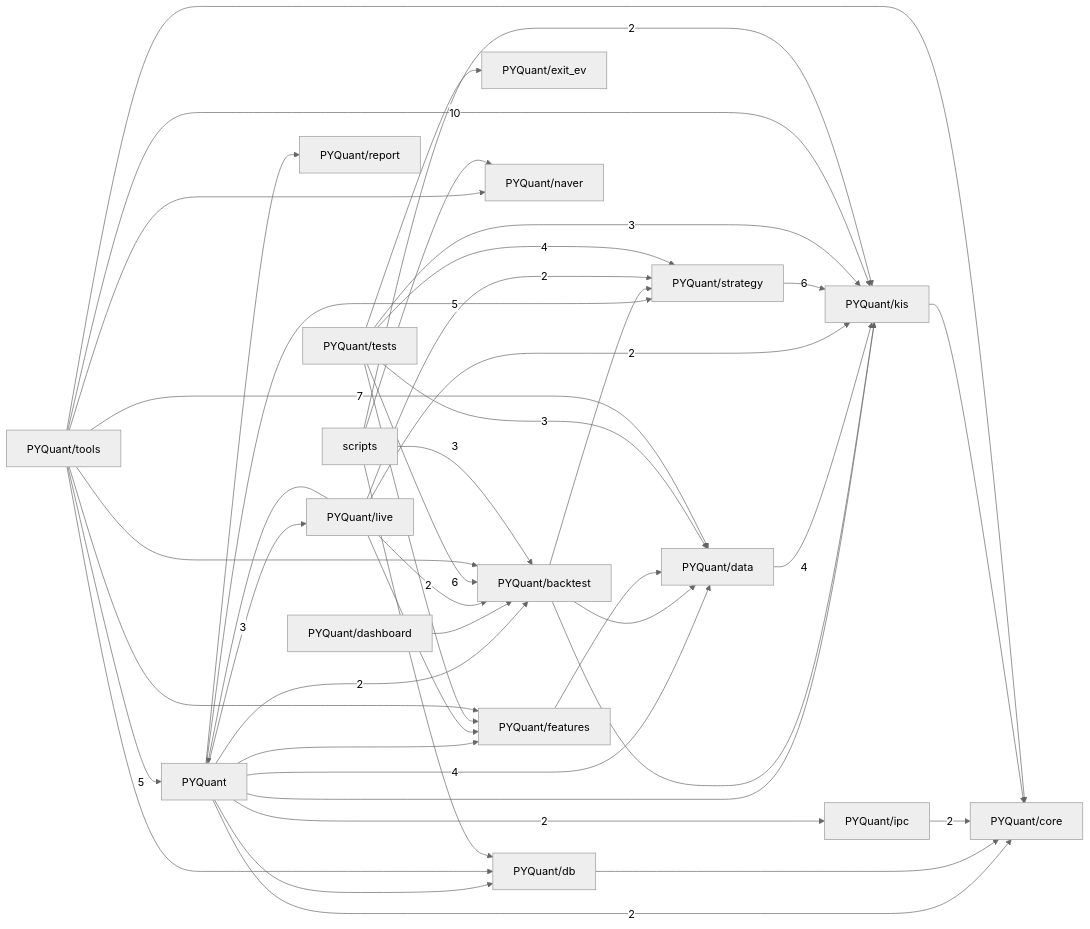
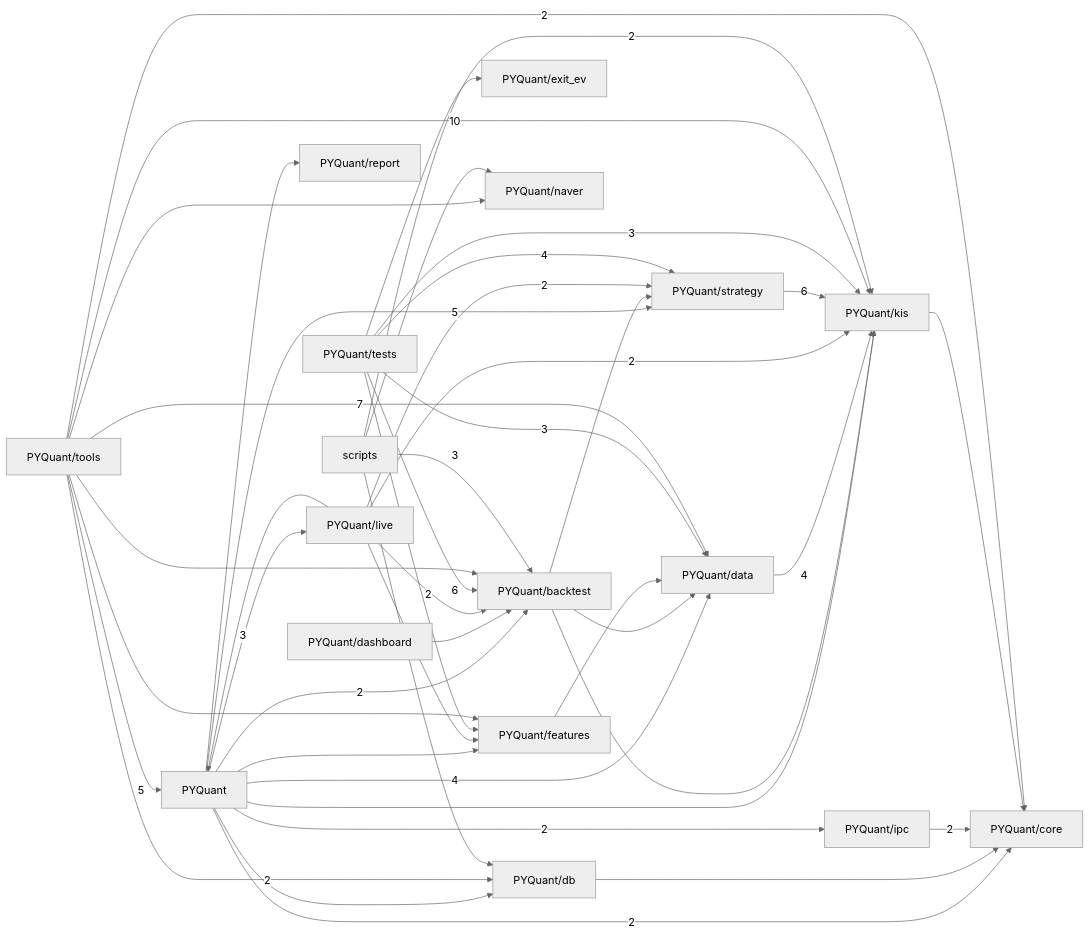
The third of 3 diagrams in docs/CODE_GRAPH.md (pypy8171/Quant), drawn with Mermaid (neutral theme) before and after one commit. The commit also changed other lines of this file and 25 other files, not shown here.

````diff
--- a/docs/CODE_GRAPH.md
+++ b/docs/CODE_GRAPH.md
@@ -441,63 +441,63 @@
 ```mermaid
 graph LR
   p_PYQuant["PYQuant"]
   p_PYQuant_backtest["PYQuant/backtest"]
   p_PYQuant_core["PYQuant/core"]
   p_PYQuant_dashboard["PYQuant/dashboard"]
   p_PYQuant_data["PYQuant/data"]
   p_PYQuant_db["PYQuant/db"]
   p_PYQuant_exit_ev["PYQuant/exit_ev"]
   p_PYQuant_features["PYQuant/features"]
   p_PYQuant_ipc["PYQuant/ipc"]
   p_PYQuant_kis["PYQuant/kis"]
   p_PYQuant_live["PYQuant/live"]
   p_PYQuant_naver["PYQuant/naver"]
   p_PYQuant_report["PYQuant/report"]
   p_PYQuant_strategy["PYQuant/strategy"]
   p_PYQuant_tests["PYQuant/tests"]
   p_PYQuant_tools["PYQuant/tools"]
   p_scripts["scripts"]
   p_PYQuant -->|2| p_PYQuant_backtest
   p_PYQuant -->|2| p_PYQuant_core
   p_PYQuant -->|4| p_PYQuant_data
   p_PYQuant --> p_PYQuant_db
   p_PYQuant --> p_PYQuant_features
   p_PYQuant -->|2| p_PYQuant_ipc
   p_PYQuant --> p_PYQuant_kis
   p_PYQuant -->|3| p_PYQuant_live
   p_PYQuant --> p_PYQuant_report
   p_PYQuant -->|5| p_PYQuant_strategy
   p_PYQuant_backtest --> p_PYQuant_data
   p_PYQuant_backtest --> p_PYQuant_kis
   p_PYQuant_backtest --> p_PYQuant_strategy
   p_PYQuant_dashboard --> p_PYQuant_backtest
   p_PYQuant_data -->|4| p_PYQuant_kis
   p_PYQuant_db --> p_PYQuant_core
   p_PYQuant_features --> p_PYQuant_data
   p_PYQuant_ipc -->|2| p_PYQuant_core
   p_PYQuant_kis --> p_PYQuant_core
   p_PYQuant_live --> p_PYQuant
   p_PYQuant_live -->|2| p_PYQuant_backtest
   p_PYQuant_live --> p_PYQuant_features
   p_PYQuant_live -->|2| p_PYQuant_kis
   p_PYQuant_live -->|2| p_PYQuant_strategy
   p_PYQuant_strategy -->|6| p_PYQuant_kis
   p_PYQuant_tests -->|6| p_PYQuant_backtest
   p_PYQuant_tests -->|3| p_PYQuant_data
   p_PYQuant_tests --> p_PYQuant_exit_ev
   p_PYQuant_tests --> p_PYQuant_features
   p_PYQuant_tests -->|3| p_PYQuant_kis
   p_PYQuant_tests -->|4| p_PYQuant_strategy
   p_PYQuant_tools -->|5| p_PYQuant
   p_PYQuant_tools --> p_PYQuant_backtest
-  p_PYQuant_tools --> p_PYQuant_core
+  p_PYQuant_tools -->|2| p_PYQuant_core
   p_PYQuant_tools -->|7| p_PYQuant_data
-  p_PYQuant_tools --> p_PYQuant_db
+  p_PYQuant_tools -->|2| p_PYQuant_db
   p_PYQuant_tools --> p_PYQuant_features
   p_PYQuant_tools -->|10| p_PYQuant_kis
   p_PYQuant_tools --> p_PYQuant_naver
   p_scripts -->|3| p_PYQuant_backtest
   p_scripts --> p_PYQuant_db
   p_scripts -->|2| p_PYQuant_kis
   p_scripts --> p_PYQuant_naver
 ```
````
